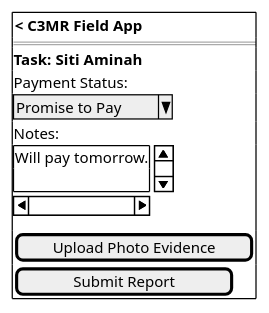
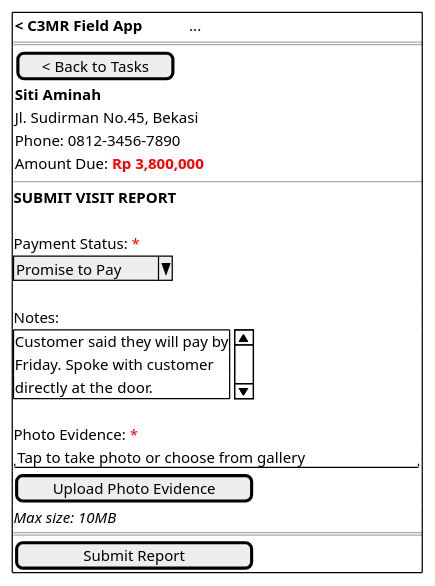
One commit to asn95/desktop-tutorial changed the second of 2 diagrams in uml/03_mockup_telegram_miniapp.puml. Above: the diagram before and after it, drawn with PlantUML. The commit also changed other lines of this file and 3 other files, not shown here.

```diff
--- a/uml/03_mockup_telegram_miniapp.puml
+++ b/uml/03_mockup_telegram_miniapp.puml
@@ -1,16 +36,32 @@
 @startsalt
 {+
-  { <b>< C3MR Field App </b> }
+  {  <b>< C3MR Field App </b>           ... }
   ===
-  <b>Task: Siti Aminah
-  Payment Status:
+  {
+    [< Back to Tasks]
+    <b>Siti Aminah
+    Jl. Sudirman No.45, Bekasi
+    Phone: 0812-3456-7890
+    Amount Due: <color:red><b>Rp 3,800,000</color>
+  }
+  ---
+  <b>SUBMIT VISIT REPORT
+  .
+  Payment Status: <color:red>*</color>
   ^Promise to Pay^
+  .
   Notes:
-  {S
-  Will pay tomorrow.
+  {SI
+  Customer said they will pay by
+  Friday. Spoke with customer
+  directly at the door.
+  }
   .
-  }
+  Photo Evidence: <color:red>*</color>
+  "Tap to take photo or choose from gallery"
   [ Upload Photo Evidence ]
-  [    Submit Report    ]
+  <i>Max size: 10MB
+  ===
+  [     Submit Report     ]
 }
 @endsalt
```
